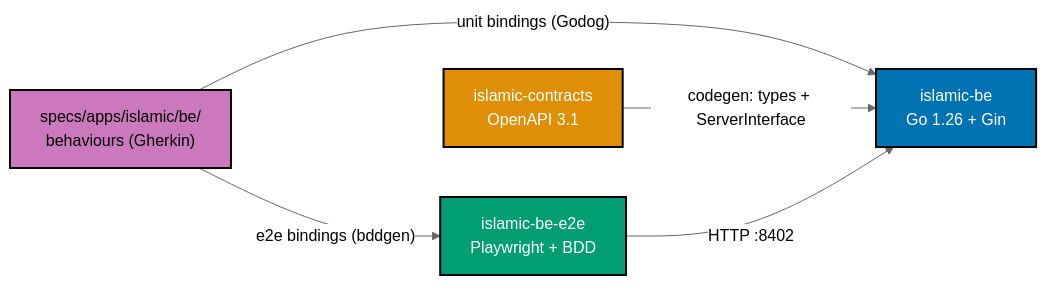
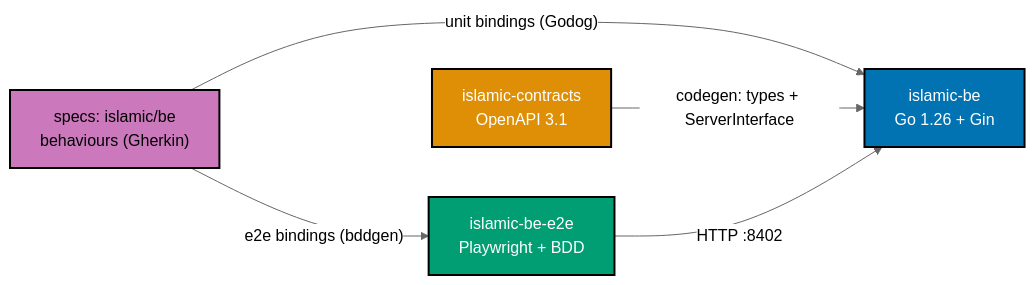
The first of 5 diagrams in plans/in-progress/islamic-be-init/tech-docs.md (wahidyankf/open-sharia-fintech), drawn with Mermaid (neutral theme) before and after one commit. The commit also changed other lines of this file, not shown here.

First line of the commit message:
fix(plans): satisfy md-mermaid-strict in the islamic-be-init diagrams

````diff
--- a/plans/in-progress/islamic-be-init/tech-docs.md
+++ b/plans/in-progress/islamic-be-init/tech-docs.md
@@ -13,17 +13,17 @@
 ```mermaid
 graph LR
-    SPEC["specs/apps/islamic/be/<br/>behaviours (Gherkin)"]:::purple
+    SPEC["specs: islamic/be<br/>behaviours (Gherkin)"]:::purple
     CONTRACT["islamic-contracts<br/>OpenAPI 3.1"]:::orange
     APP["islamic-be<br/>Go 1.26 + Gin"]:::blue
     E2E["islamic-be-e2e<br/>Playwright + BDD"]:::teal
 
     SPEC -->|"unit bindings (Godog)"| APP
     SPEC -->|"e2e bindings (bddgen)"| E2E
     CONTRACT -->|"codegen: types + ServerInterface"| APP
     E2E -->|"HTTP :8402"| APP
 
     classDef blue fill:#0173B2,stroke:#000000,color:#FFFFFF,stroke-width:2px
     classDef orange fill:#DE8F05,stroke:#000000,color:#FFFFFF,stroke-width:2px
     classDef teal fill:#029E73,stroke:#000000,color:#FFFFFF,stroke-width:2px
     classDef purple fill:#CC78BC,stroke:#000000,color:#000000,stroke-width:2px
 ```
````
